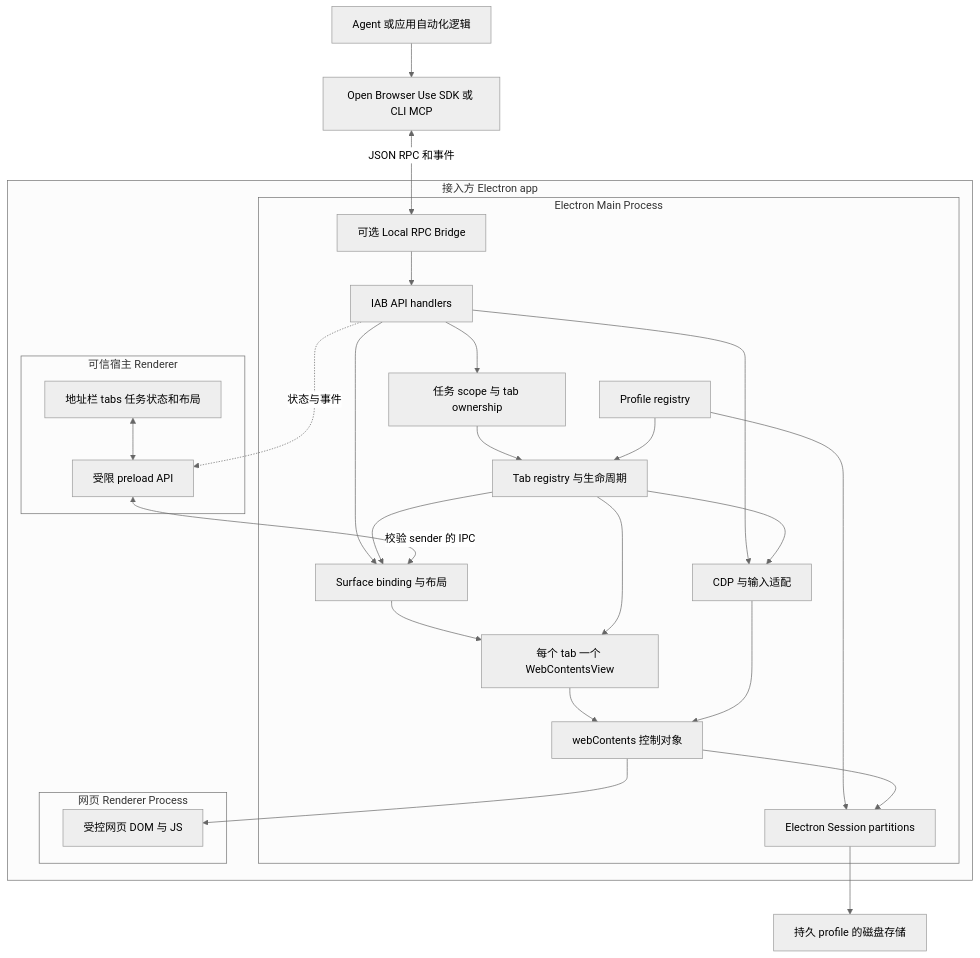
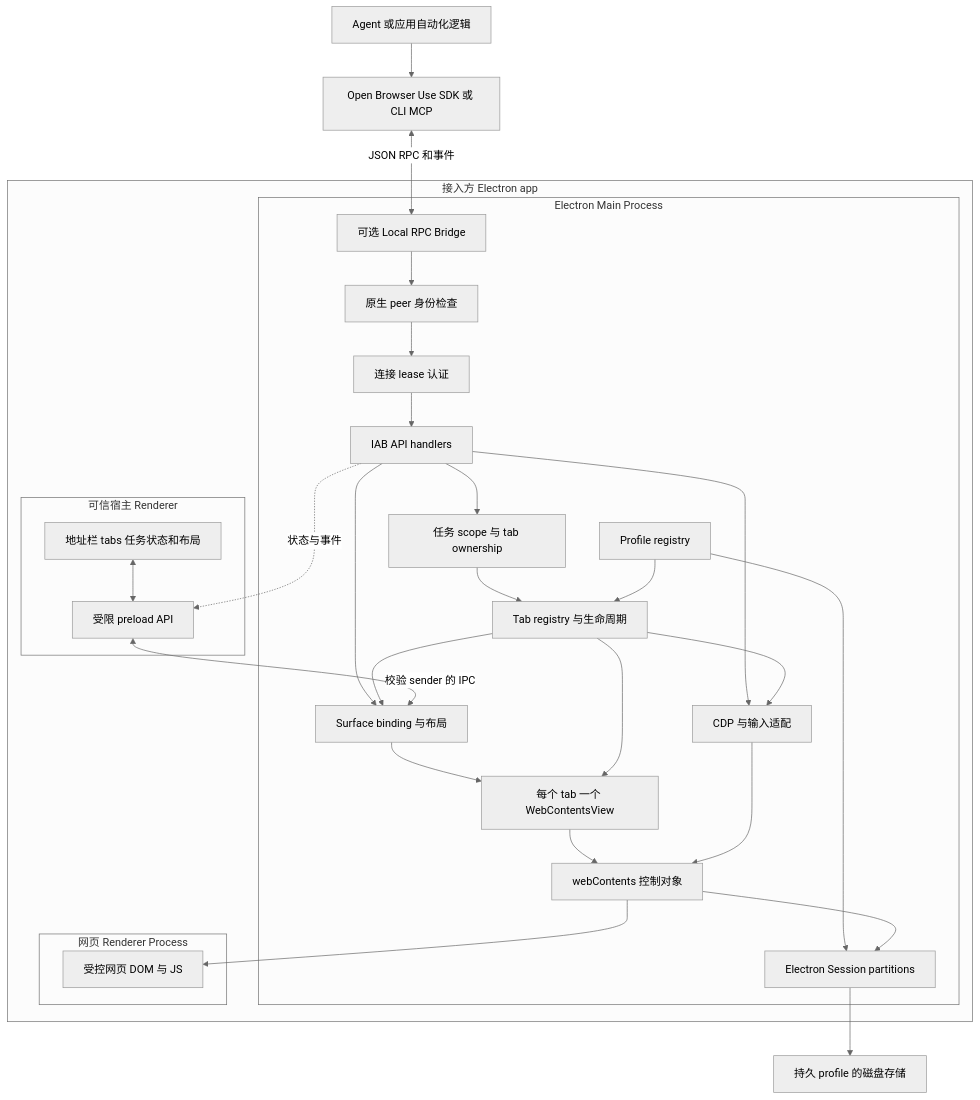
The first of 2 diagrams in docs/design-docs/electron-iab.md (iFurySt/open-browser-use), drawn with Mermaid (neutral theme) before and after one commit. The commit also changed other lines of this file and 57 other files, not shown here.

````diff
--- a/docs/design-docs/electron-iab.md
+++ b/docs/design-docs/electron-iab.md
@@ -38,51 +47,55 @@
 ```mermaid
 flowchart TB
   agent[Agent 或应用自动化逻辑]
   sdk[Open Browser Use SDK 或 CLI MCP]
   agent --> sdk
 
   subgraph host[接入方 Electron app]
     subgraph ui[可信宿主 Renderer]
       panel[地址栏 tabs 任务状态和布局]
       preload[受限 preload API]
       panel <--> preload
     end
 
     subgraph main[Electron Main Process]
       bridge[可选 Local RPC Bridge]
+      peer[原生 peer 身份检查]
+      auth[连接 lease 认证]
       api[IAB API handlers]
       scopes[任务 scope 与 tab ownership]
       profiles[Profile registry]
       tabs[Tab registry 与生命周期]
       automation[CDP 与输入适配]
       surfaces[Surface binding 与布局]
       view[每个 tab 一个 WebContentsView]
       wc[webContents 控制对象]
       storageSession[Electron Session partitions]
-      bridge --> api
+      bridge --> peer
+      peer --> auth
+      auth --> api
       api --> scopes
       scopes --> tabs
       profiles --> tabs
       api --> automation
       api --> surfaces
       tabs --> automation
       tabs --> surfaces
       surfaces --> view
       tabs --> view
       view --> wc
       automation --> wc
       profiles --> storageSession
       wc --> storageSession
     end
 
     subgraph guest[网页 Renderer Process]
       page[受控网页 DOM 与 JS]
     end
     wc --> page
     preload <-->|校验 sender 的 IPC| surfaces
     api -.->|状态与事件| preload
   end
 
   sdk <-->|JSON RPC 和事件| bridge
   storageSession --> storage[持久 profile 的磁盘存储]
 ```
````
